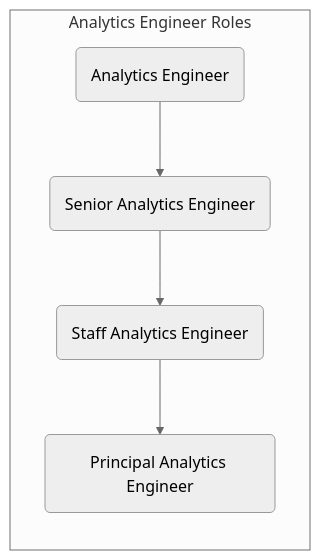
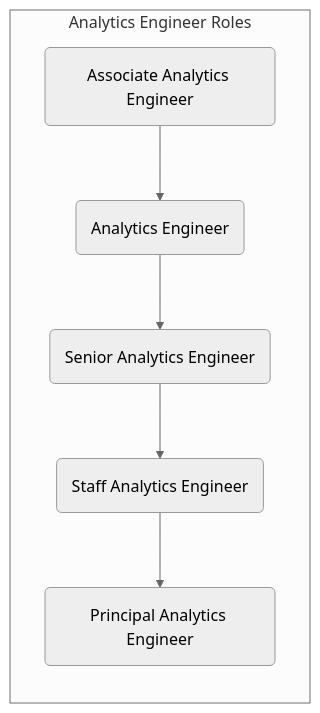
The fourth of 7 diagrams in content/handbook/enterprise-data/organization/_index.md (zalyoung/gitlab-handbook), drawn with Mermaid (neutral theme) before and after one commit.

Commit message:
Add Associate AE to table

````diff
--- a/content/handbook/enterprise-data/organization/_index.md
+++ b/content/handbook/enterprise-data/organization/_index.md
@@ -183,13 +183,15 @@
 ```mermaid
   graph LR;
   subgraph Analytics Engineer Roles
+    supe:aae(Associate Analytics Engineer)-->supe:ae(Analytics Engineer);
     supe:ae(Analytics Engineer)-->supe:sae(Senior Analytics Engineer);
     supe:sae(Senior Analytics Engineer)-->supe:fae(Staff Analytics Engineer);
     supe:fae(Staff Analytics Engineer)-->supe:pae(Principal Analytics Engineer);
   end
 
+  click supe:ae "https://handbook.gitlab.com/job-families/marketing/enterprise-data/analytics-engineer/#associate-analytics-engineer";
   click supe:ae "https://handbook.gitlab.com/job-families/marketing/enterprise-data/analytics-engineer#analytics-engineer-intermediate";
   click supe:sae "https://handbook.gitlab.com/job-families/marketing/enterprise-data/analytics-engineer#senior-analytics-engineer";
   click supe:fae "https://handbook.gitlab.com/job-families/marketing/enterprise-data/analytics-engineer#staff-analytics-engineer";
   click supe:pae "https://handbook.gitlab.com/job-families/marketing/enterprise-data/analytics-engineer#principal-analytics-engineer";
 ```
````
